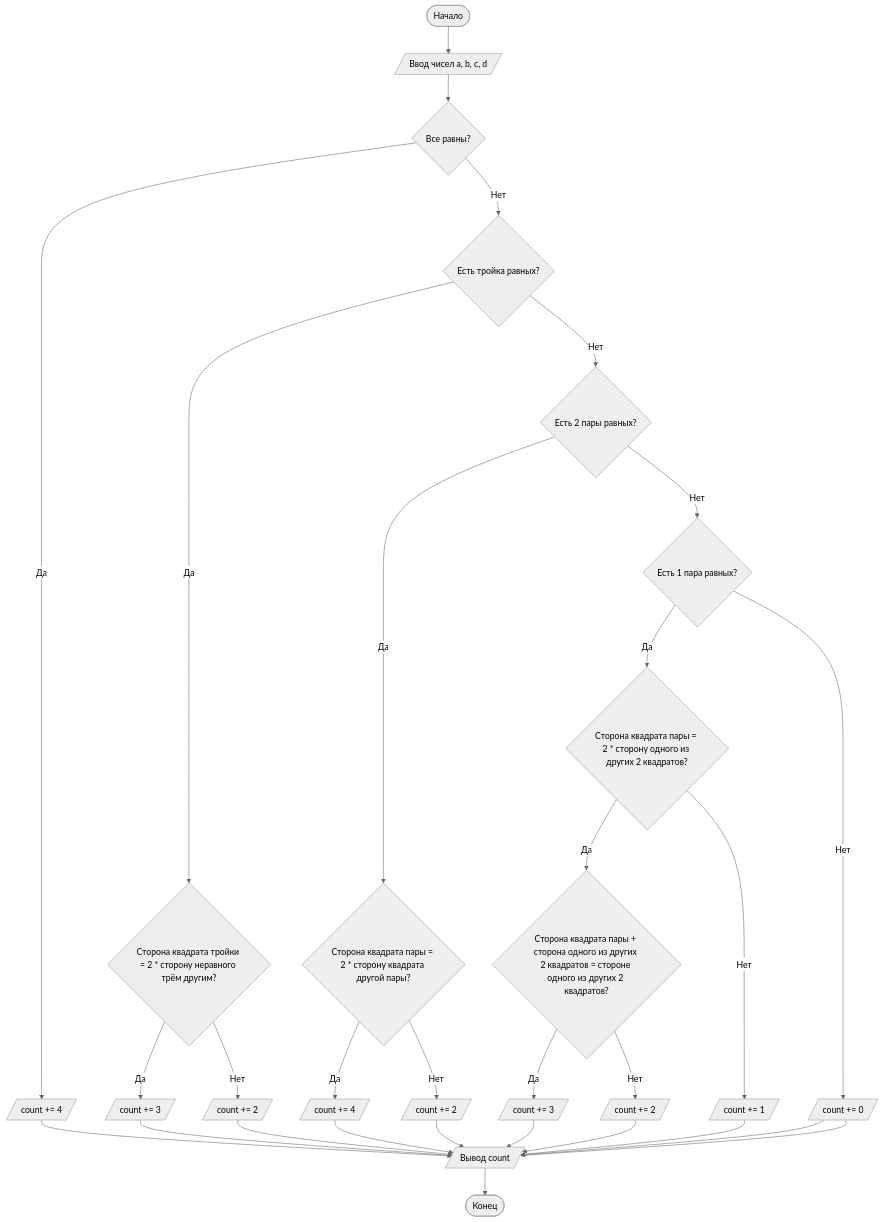
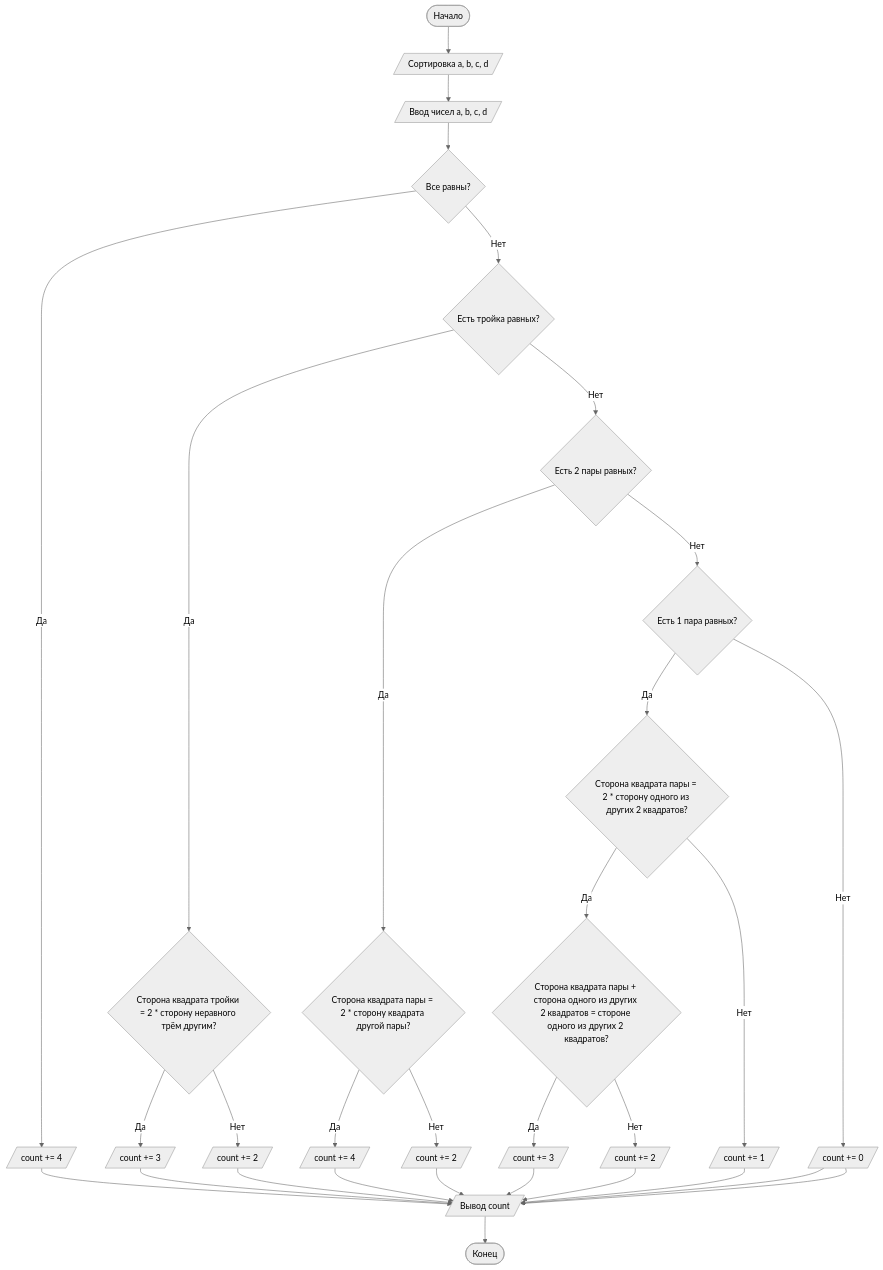
Before and after one commit to fnckddy/lab1: the diagram in README.md, drawn with Mermaid (neutral theme).

````diff
--- a/README.md
+++ b/README.md
@@ -87,39 +87,40 @@
 ```mermaid
 
 graph TD
-    A([Начало]) --> B[/Ввод чисел a, b, c, d/]
+    A([Начало]) --> X[/Сортировка a, b, c, d/]
+    X --> B[/Ввод чисел a, b, c, d/]
     B --> C{Все равны?}
     C -- Да --> D[/count += 4/]
     C -- Нет --> E{Есть тройка равных?}
     
     E -- Да --> F{Сторона квадрата тройки = 2 * сторону неравного трём другим?}
     F -- Да --> G[/count += 3/]
     F -- Нет --> H[/count += 2/]
     
     E -- Нет --> I{Есть 2 пары равных?}
     I -- Да --> J{Сторона квадрата пары = 2 * сторону квадрата другой пары?}
     J -- Да --> K[/count += 4/]
     J -- Нет --> L[/count += 2/]
     
     I -- Нет --> M{Есть 1 пара равных?}
     M -- Да --> N{Сторона квадрата пары = 2 * сторону одного из других 2 квадратов?}
     N -- Да --> O{Сторона квадрата пары + сторона одного из других 2 квадратов = стороне одного из других 2 квадратов?}
     O -- Да --> P[/count += 3/]
     O -- Нет --> Q[/count += 2/]
     N -- Нет --> R[/count += 1/]
     
     M -- Нет --> U[/count += 0/]
     U --> S[/Вывод count/]
     D --> S
     G --> S
     H --> S
     K --> S
     L --> S
     P --> S
     Q --> S
     R --> S
     U --> S
 
     S --> T([Конец])
 
 ```
````
